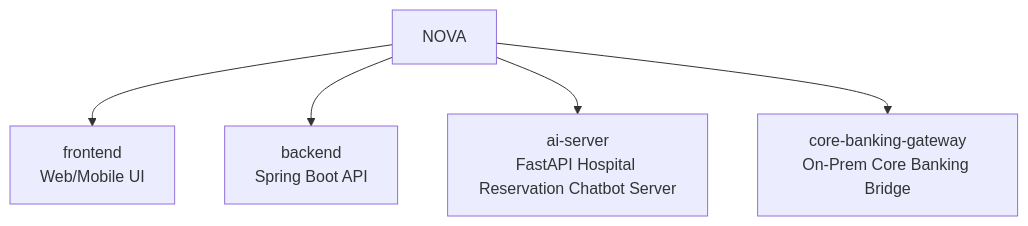
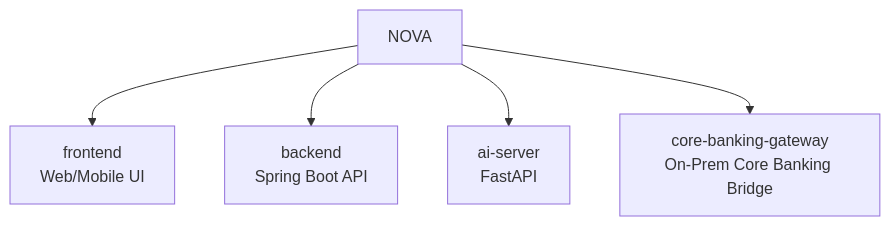
Before and after one commit to jaepar/NOVA: the first of 4 diagrams in AGENTS.md, drawn with Mermaid. The commit also changed other lines of this file, not shown here.

Commit message:
root AGENTS.md 수정

````diff
--- a/AGENTS.md
+++ b/AGENTS.md
@@ -8,8 +8,8 @@
 ```mermaid
 flowchart TD
     Root["NOVA"]
     Root --> FE["frontend<br/>Web/Mobile UI"]
     Root --> BE["backend<br/>Spring Boot API"]
-    Root --> AI["ai-server<br/>FastAPI Hospital Reservation Chatbot Server"]
+    Root --> AI["ai-server<br/>FastAPI"]
     Root --> CB["core-banking-gateway<br/>On-Prem Core Banking Bridge"]
 ```
````
